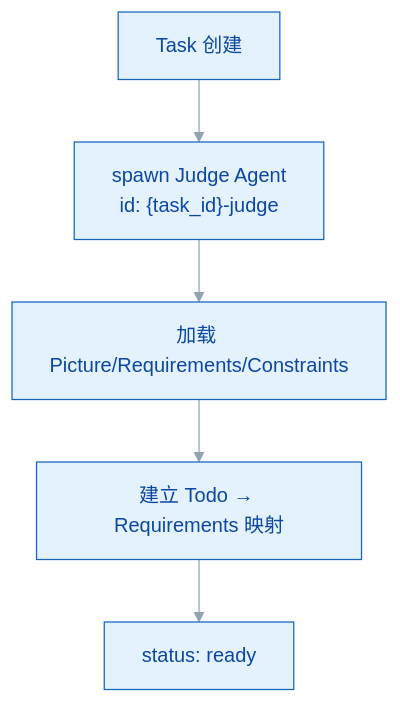
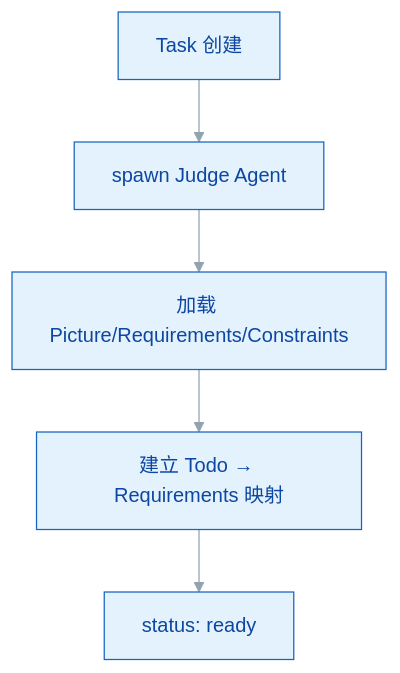
One commit to Lazyn0tBug/mem0ress changed the second of 4 diagrams in docs/arch.md. Above: the diagram before and after it, drawn with Mermaid. The commit also changed other lines of this file and 2 other files, not shown here.

Commit message:
docs: rename judge.md (remove task_id from filename)

````diff
--- a/docs/arch.md
+++ b/docs/arch.md
@@ -99,9 +99,9 @@
 ```mermaid
 %% label：Judge Agent 初始化
 %%{ init: { 'theme': 'base', 'themeVariables': { 'primaryColor': '#e3f2fd', 'primaryTextColor': '#0d47a1', 'primaryBorderColor': '#1565c0', 'lineColor': '#90a4ae' } } }%%
 flowchart TB
-    TaskCreate["Task 创建"] --> SpawnJudge["spawn Judge Agent\nid: {task_id}-judge"]
+    TaskCreate["Task 创建"] --> SpawnJudge["spawn Judge Agent"]
     SpawnJudge --> LoadTaskDef["加载 Picture/Requirements/Constraints"]
     LoadTaskDef --> BuildMapping["建立 Todo → Requirements 映射"]
     BuildMapping --> Ready["status: ready"]
 ```
````
